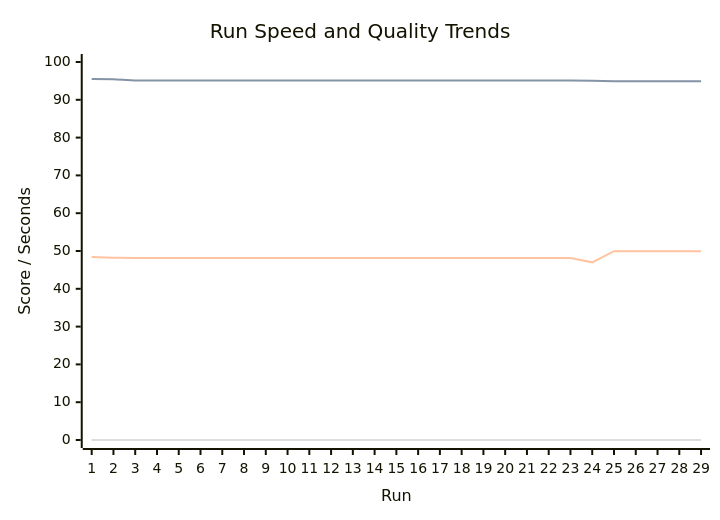
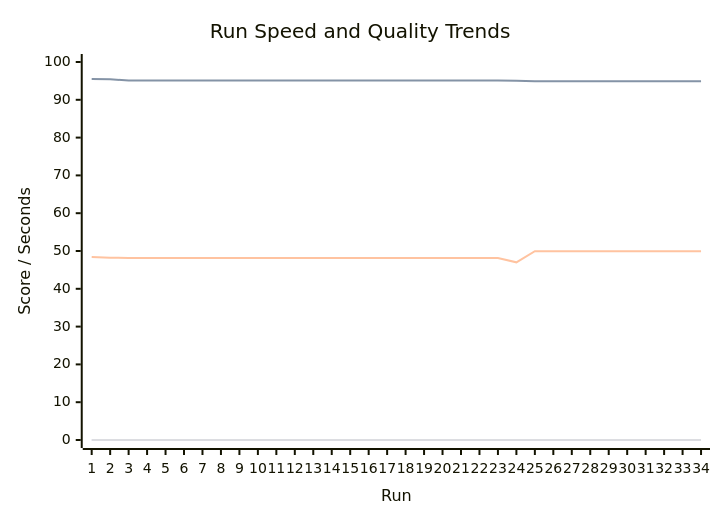
The first of 2 diagrams in reports-versioned/aggregated/run-results-dashboard.md (Jit-Paul-2008/Hexamind), drawn with Mermaid before and after one commit. The commit also changed other lines of this file and 64 other files, not shown here.

````diff
--- a/reports-versioned/aggregated/run-results-dashboard.md
+++ b/reports-versioned/aggregated/run-results-dashboard.md
@@ -11,11 +11,11 @@
 ```mermaid
 xychart-beta
     title "Run Speed and Quality Trends"
-    x-axis "Run" [1, 2, 3, 4, 5, 6, 7, 8, 9, 10, 11, 12, 13, 14, 15, 16, 17, 18, 19, 20, 21, 22, 23, 24, 25, 26, 27, 28, 29]
+    x-axis "Run" [1, 2, 3, 4, 5, 6, 7, 8, 9, 10, 11, 12, 13, 14, 15, 16, 17, 18, 19, 20, 21, 22, 23, 24, 25, 26, 27, 28, 29, 30, 31, 32, 33, 34]
     y-axis "Score / Seconds" 0 --> 100
-    line "Accuracy" [0.0, 0.0, 0.0, 0.0, 0.0, 0.0, 0.0, 0.0, 0.0, 0.0, 0.0, 0.0, 0.0, 0.0, 0.0, 0.0, 0.0, 0.0, 0.0, 0.0, 0.0, 0.0, 0.0, 0.0, 0.0, 0.0, 0.0, 0.0, 0.0]
-    line "Human-like" [95.51, 95.42, 95.12, 95.12, 95.12, 95.12, 95.12, 95.12, 95.12, 95.12, 95.12, 95.12, 95.12, 95.12, 95.12, 95.12, 95.12, 95.12, 95.12, 95.12, 95.12, 95.12, 95.12, 95.02, 94.92, 94.92, 94.91, 94.91, 94.91]
-    line "Usefulness" [48.39, 48.2, 48.17, 48.17, 48.17, 48.17, 48.17, 48.17, 48.17, 48.17, 48.17, 48.17, 48.17, 48.17, 48.17, 48.17, 48.17, 48.17, 48.17, 48.17, 48.17, 48.17, 48.17, 47.0, 49.95, 49.95, 49.95, 49.95, 49.95]
-    line "HumanReview" [0.0, 0.0, 0.0, 0.0, 0.0, 0.0, 0.0, 0.0, 0.0, 0.0, 0.0, 0.0, 0.0, 0.0, 0.0, 0.0, 0.0, 0.0, 0.0, 0.0, 0.0, 0.0, 0.0, 0.0, 0.0, 0.0, 0.0, 0.0, 0.0]
-    line "SpeedSeconds" [187.48, 238.47, 237.45, 236.94, 236.7, 236.62, 236.35, 236.35, 236.43, 236.48, 236.36, 236.37, 236.38, 236.58, 236.46, 236.59, 236.56, 236.52, 236.52, 236.42, 236.44, 236.67, 237.16, 236.71, 235.91, 236.19, 235.87, 235.0, 235.01]
+    line "Accuracy" [0.0, 0.0, 0.0, 0.0, 0.0, 0.0, 0.0, 0.0, 0.0, 0.0, 0.0, 0.0, 0.0, 0.0, 0.0, 0.0, 0.0, 0.0, 0.0, 0.0, 0.0, 0.0, 0.0, 0.0, 0.0, 0.0, 0.0, 0.0, 0.0, 0.0, 0.0, 0.0, 0.0, 0.0]
+    line "Human-like" [95.51, 95.42, 95.12, 95.12, 95.12, 95.12, 95.12, 95.12, 95.12, 95.12, 95.12, 95.12, 95.12, 95.12, 95.12, 95.12, 95.12, 95.12, 95.12, 95.12, 95.12, 95.12, 95.12, 95.02, 94.92, 94.92, 94.91, 94.91, 94.91, 94.91, 94.91, 94.91, 94.91, 94.91]
+    line "Usefulness" [48.39, 48.2, 48.17, 48.17, 48.17, 48.17, 48.17, 48.17, 48.17, 48.17, 48.17, 48.17, 48.17, 48.17, 48.17, 48.17, 48.17, 48.17, 48.17, 48.17, 48.17, 48.17, 48.17, 47.0, 49.95, 49.95, 49.95, 49.95, 49.95, 49.95, 49.95, 49.95, 49.95, 49.95]
+    line "HumanReview" [0.0, 0.0, 0.0, 0.0, 0.0, 0.0, 0.0, 0.0, 0.0, 0.0, 0.0, 0.0, 0.0, 0.0, 0.0, 0.0, 0.0, 0.0, 0.0, 0.0, 0.0, 0.0, 0.0, 0.0, 0.0, 0.0, 0.0, 0.0, 0.0, 0.0, 0.0, 0.0, 0.0, 0.0]
+    line "SpeedSeconds" [187.48, 238.47, 237.45, 236.94, 236.7, 236.62, 236.35, 236.35, 236.43, 236.48, 236.36, 236.37, 236.38, 236.58, 236.46, 236.59, 236.56, 236.52, 236.52, 236.42, 236.44, 236.67, 237.16, 236.71, 235.91, 236.19, 235.87, 235.0, 235.01, 234.94, 234.99, 235.07, 235.17, 235.66]
 ```
````
